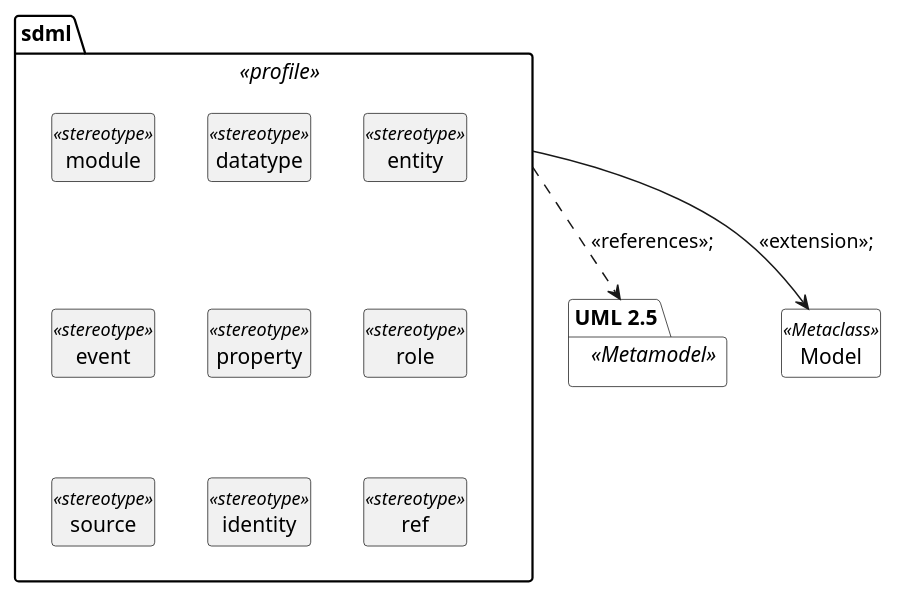
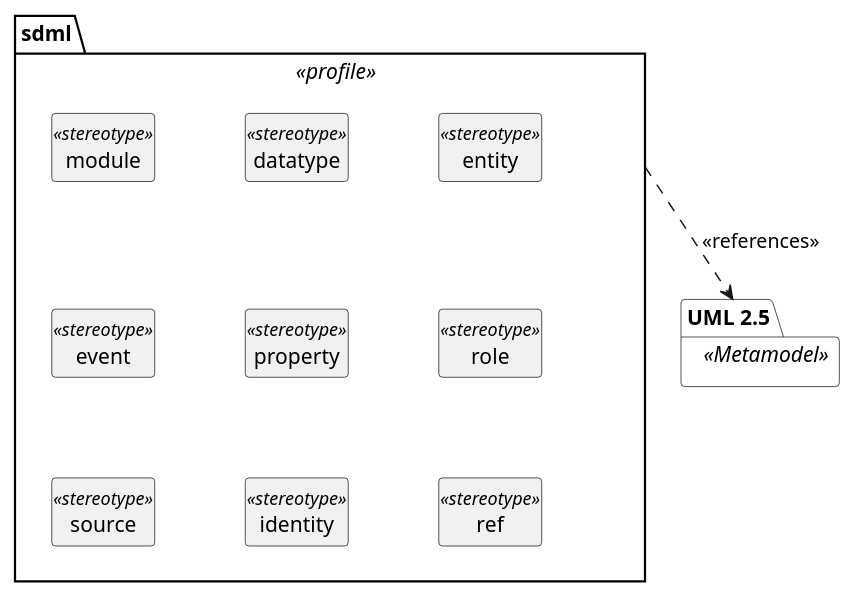
One commit to sdm-lang/tree-sitter-sdml changed the first of 19 diagrams in docs/uml-profile.org. Above: the diagram before and after it, drawn with PlantUML. The commit also changed other lines of this file and 25 other files, not shown here.

Commit message:
docs: working on UML profile

```diff
--- a/docs/uml-profile.org
+++ b/docs/uml-profile.org
@@ -14,24 +18,26 @@
 #+BEGIN_SRC plantuml :file uml-profile-package.svg
 skinparam backgroundColor transparent
+skinparam style strictuml
+skinparam linetype polyline
+skinparam nodesep 60
+
 hide circle
 hide members
 
 package "UML 2.5" as uml <<Metamodel>> #white {
 }
-
-class Model <<Metaclass>> #white {}
 
 package sdml <<profile>> {
   class module <<stereotype>> {}
   class datatype <<stereotype>> {}
   class entity <<stereotype>> {}
   class event <<stereotype>> {}
   class property <<stereotype>> {}
   class role <<stereotype>> {}
   class source <<stereotype>> {}
   class identity <<stereotype>> {}
   class ref <<stereotype>> {}
 }
-sdml --> Model: <<extension>>;
-sdml ..> uml: <<references>>;
+
+sdml ..> uml: <<references>>
 #+END_SRC
```
